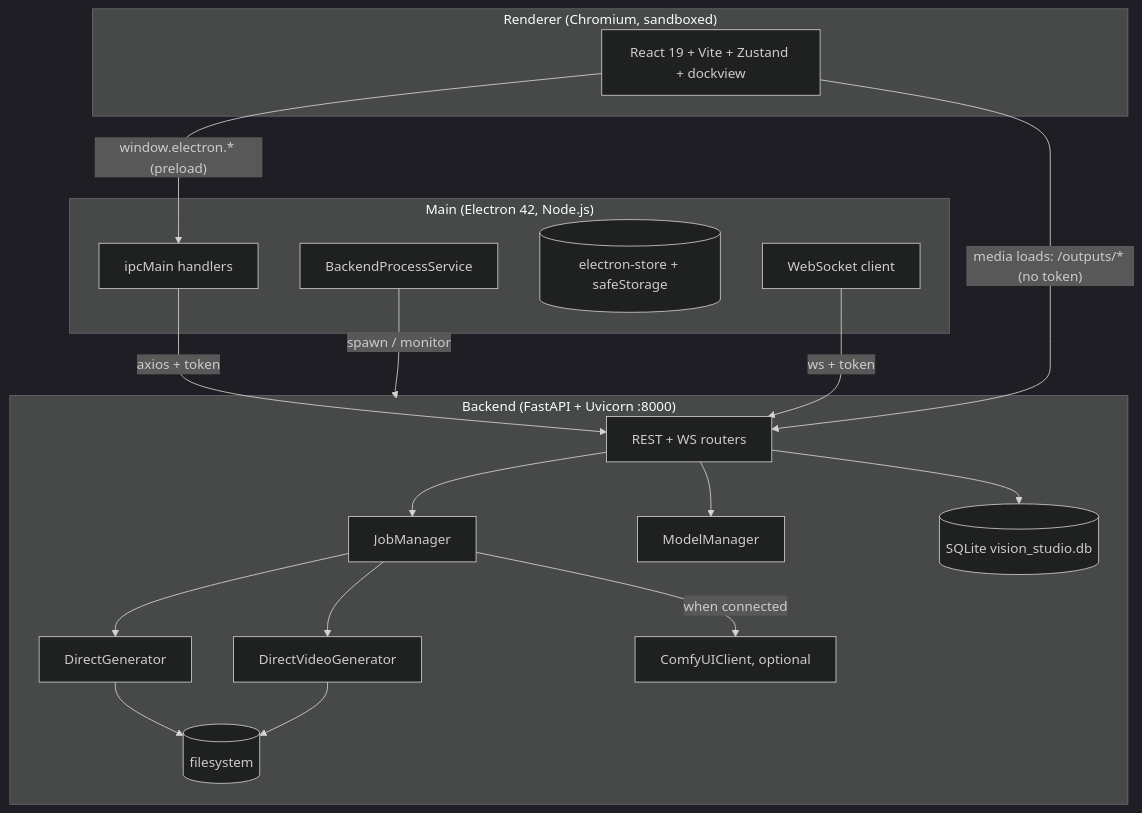
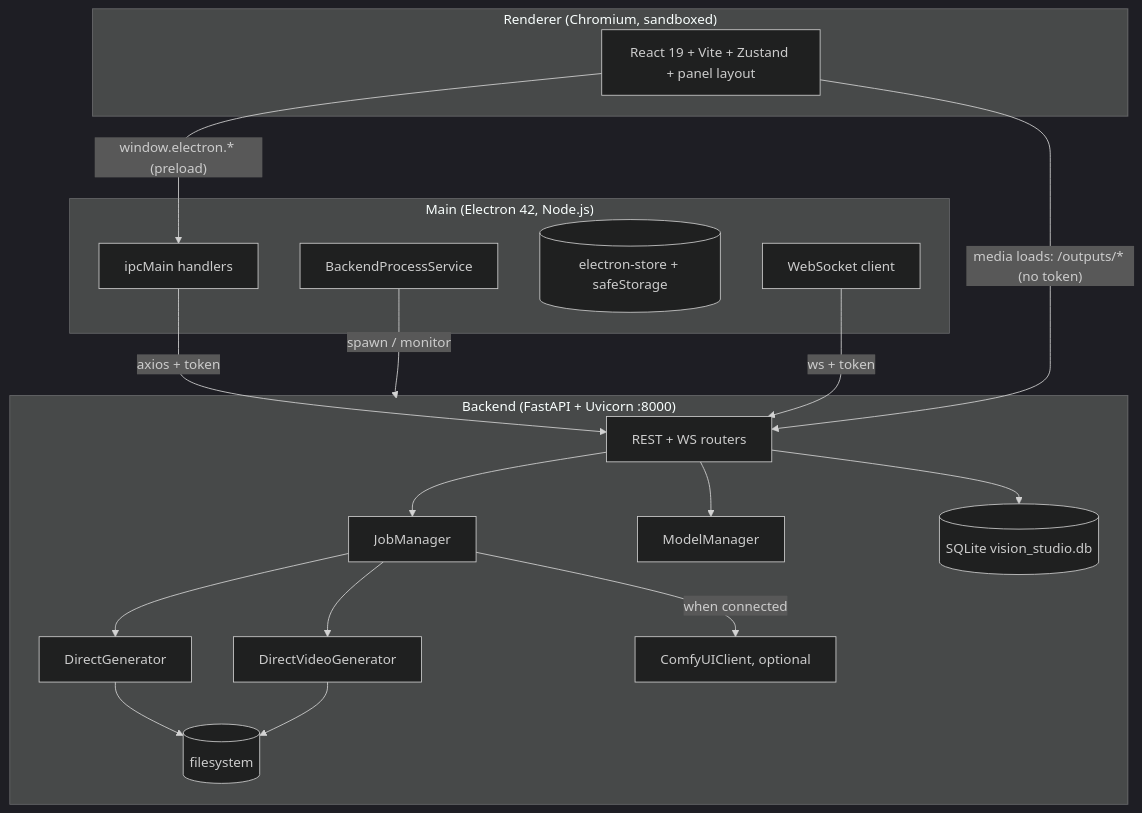
One commit to Git-Rocky-Stack/vision-studio changed the first of 11 diagrams in docs/diagrams/diagrams.md. Above: the diagram before and after it, drawn with Mermaid (dark theme). The commit also changed other lines of this file and 629 other files, not shown here.

````diff
--- a/docs/diagrams/diagrams.md
+++ b/docs/diagrams/diagrams.md
@@ -12,35 +12,35 @@
 ```mermaid
 graph TB
     subgraph Renderer["Renderer (Chromium, sandboxed)"]
-        UI[React 19 + Vite + Zustand + dockview]
+        UI[React 19 + Vite + Zustand + panel layout]
     end
     subgraph Main["Main (Electron 42, Node.js)"]
         IPC[ipcMain handlers]
         Spawn[BackendProcessService]
         Store[(electron-store + safeStorage)]
         WS[WebSocket client]
     end
     subgraph Backend["Backend (FastAPI + Uvicorn :8000)"]
         REST[REST + WS routers]
         Jobs[JobManager]
         Models[ModelManager]
         DG[DirectGenerator]
         DVG[DirectVideoGenerator]
         CC[ComfyUIClient, optional]
         DB[(SQLite vision_studio.db)]
         FS[(filesystem)]
     end
     UI -- "window.electron.* (preload)" --> IPC
     IPC -- "axios + token" --> REST
     WS -- "ws + token" --> REST
     Spawn -- "spawn / monitor" --> Backend
     REST --> Jobs
     REST --> Models
     Jobs --> DG
     Jobs --> DVG
     Jobs -- "when connected" --> CC
     UI -- "media loads: /outputs/* (no token)" --> REST
     REST --> DB
     DG --> FS
     DVG --> FS
 ```
````
